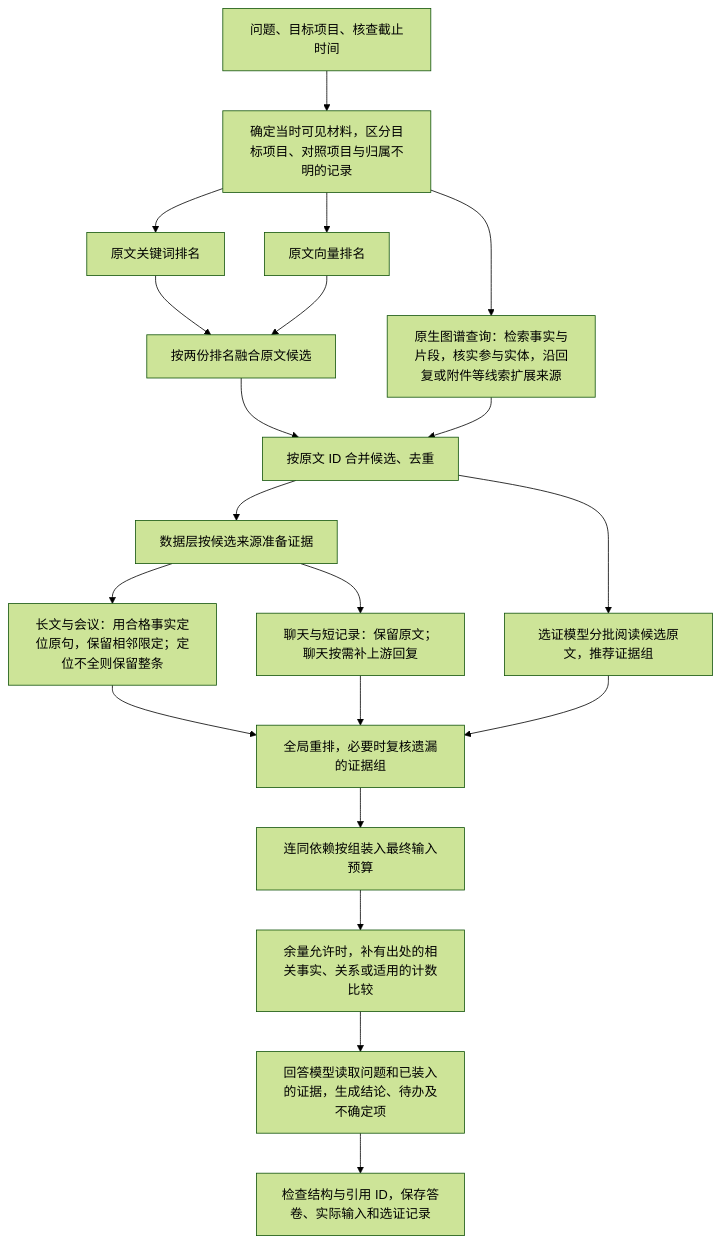
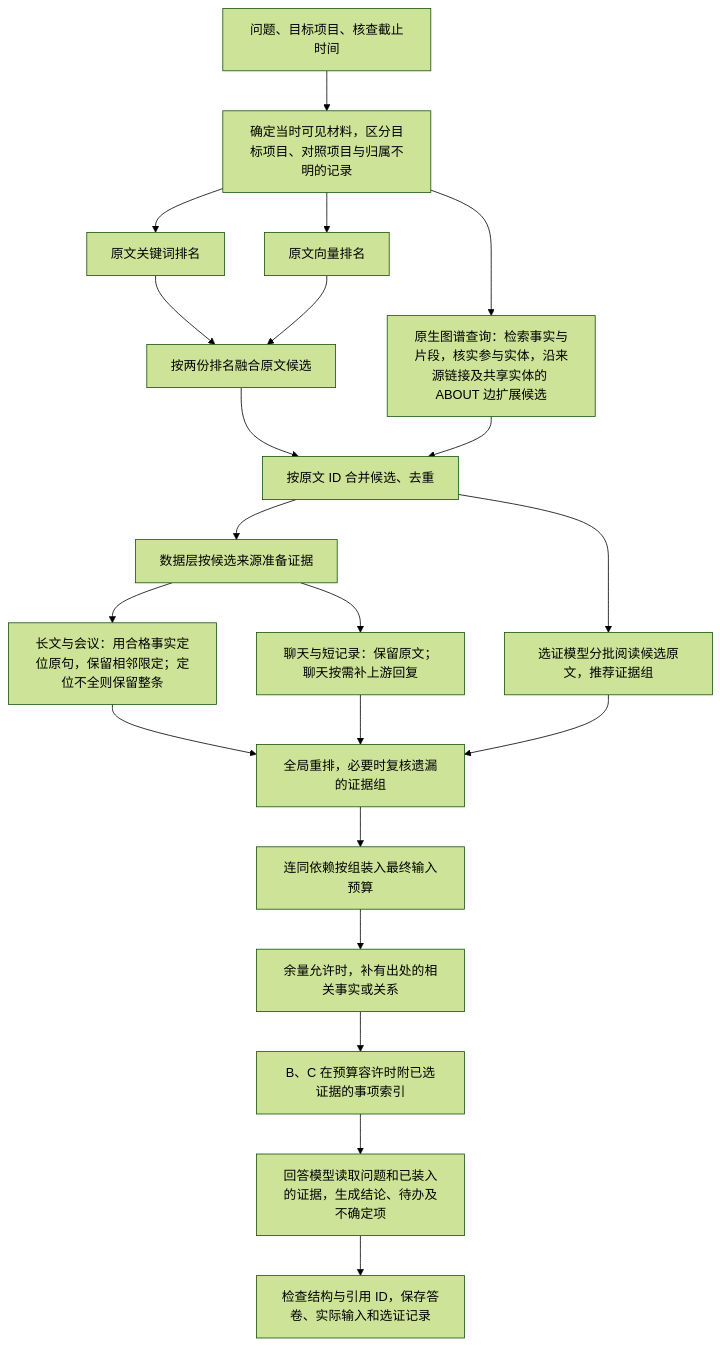
One commit to jjcylinder/mycontext changed the second of 8 diagrams in MyContext增强.md. Above: the diagram before and after it, drawn with Mermaid (forest theme). The commit also changed other lines of this file and 30 other files, not shown here.

First line of the commit message:
feat(kl-graph): restore and document the V5 evidence selection baseline

````diff
--- a/MyContext增强.md
+++ b/MyContext增强.md
@@ -62,22 +84,23 @@
 ```mermaid
 flowchart TD
     Q["问题、目标项目、核查截止时间"] --> V["确定当时可见材料，区分目标项目、对照项目与归属不明的记录"]
     V --> K["原文关键词排名"]
     V --> S["原文向量排名"]
     K --> R["按两份排名融合原文候选"]
     S --> R
-    V --> G["原生图谱查询：检索事实与片段，核实参与实体，沿回复或附件等线索扩展来源"]
+    V --> G["原生图谱查询：检索事实与片段，核实参与实体，沿来源链接及共享实体的 ABOUT 边扩展候选"]
     R --> M["按原文 ID 合并候选、去重"]
     G --> M
     M --> P["数据层按候选来源准备证据"]
     P --> L["长文与会议：用合格事实定位原句，保留相邻限定；定位不全则保留整条"]
     P --> T["聊天与短记录：保留原文；聊天按需补上游回复"]
     M --> N["选证模型分批阅读候选原文，推荐证据组"]
     L --> J["全局重排，必要时复核遗漏的证据组"]
     T --> J
     N --> J
     J --> B["连同依赖按组装入最终输入预算"]
-    B --> X["余量允许时，补有出处的相关事实、关系或适用的计数比较"]
-    X --> A["回答模型读取问题和已装入的证据，生成结论、待办及不确定项"]
+    B --> X["余量允许时，补有出处的相关事实或关系"]
+    X --> I["B、C 在预算容许时附已选证据的事项索引"]
+    I --> A["回答模型读取问题和已装入的证据，生成结论、待办及不确定项"]
     A --> Z["检查结构与引用 ID，保存答卷、实际输入和选证记录"]
 ```
````
